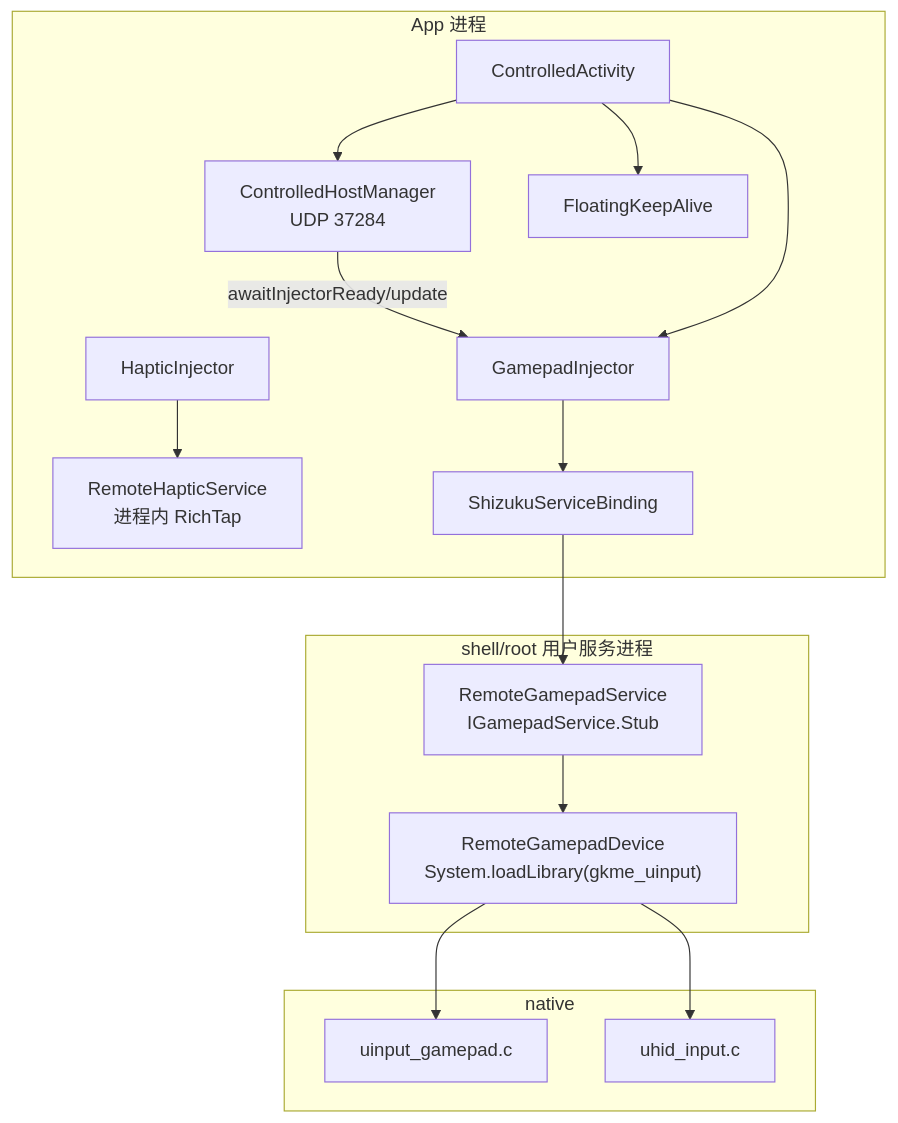
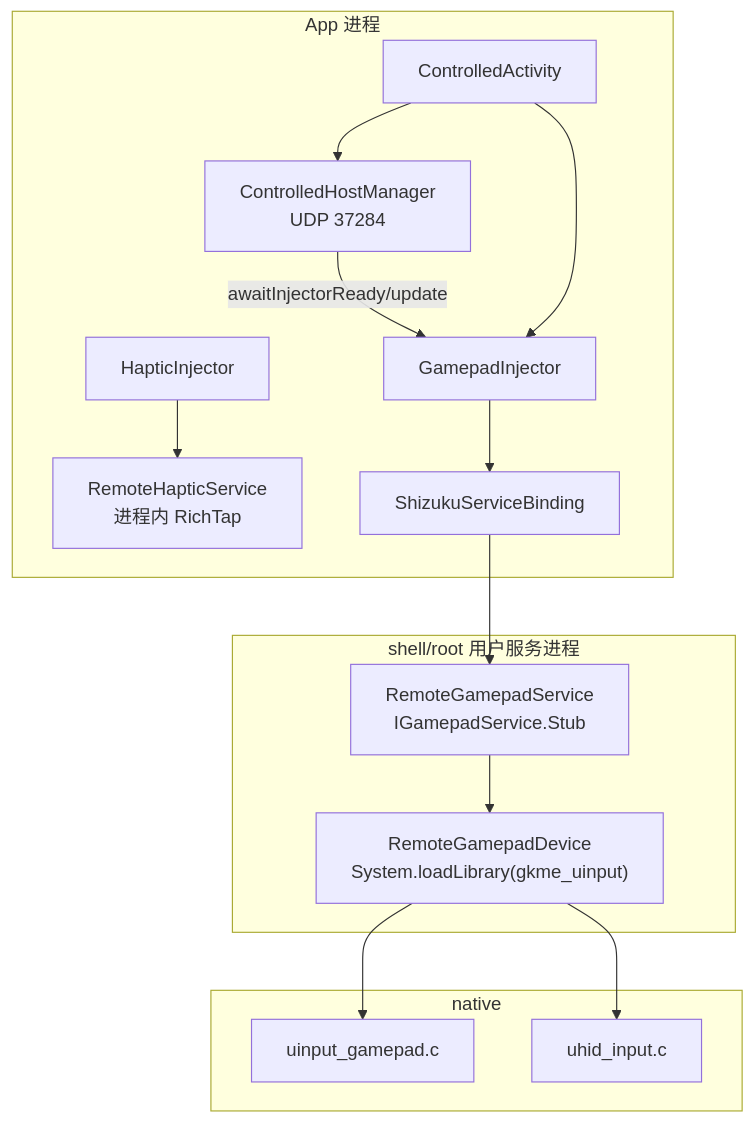
One commit to 4zyz4/GKME changed the diagram in docs/controlled-native.md. Above: the diagram before and after it, drawn with Mermaid. The commit also changed other lines of this file and 14 other files, not shown here.

````diff
--- a/docs/controlled-native.md
+++ b/docs/controlled-native.md
@@ -14,32 +14,30 @@
 ```mermaid
 flowchart TB
     subgraph APP["App 进程"]
         CA["ControlledActivity"]
         CHM["ControlledHostManager<br/>UDP 37284"]
         GI["GamepadInjector"]
         HI["HapticInjector"]
         RHS["RemoteHapticService<br/>进程内 RichTap"]
-        FKA["FloatingKeepAlive"]
         SB1["ShizukuServiceBinding"]
     end
 
     subgraph SHELL["shell/root 用户服务进程"]
         RGS["RemoteGamepadService<br/>IGamepadService.Stub"]
         RGD["RemoteGamepadDevice<br/>System.loadLibrary(gkme_uinput)"]
     end
 
     subgraph NATIVE["native"]
         UI["uinput_gamepad.c"]
         UH["uhid_input.c"]
     end
 
     CA --> CHM
     CHM -->|awaitInjectorReady/update| GI
     CA --> GI
-    CA --> FKA
     GI --> SB1 --> RGS
     HI --> RHS
     RGS --> RGD
     RGD --> UI
     RGD --> UH
 ```
````
